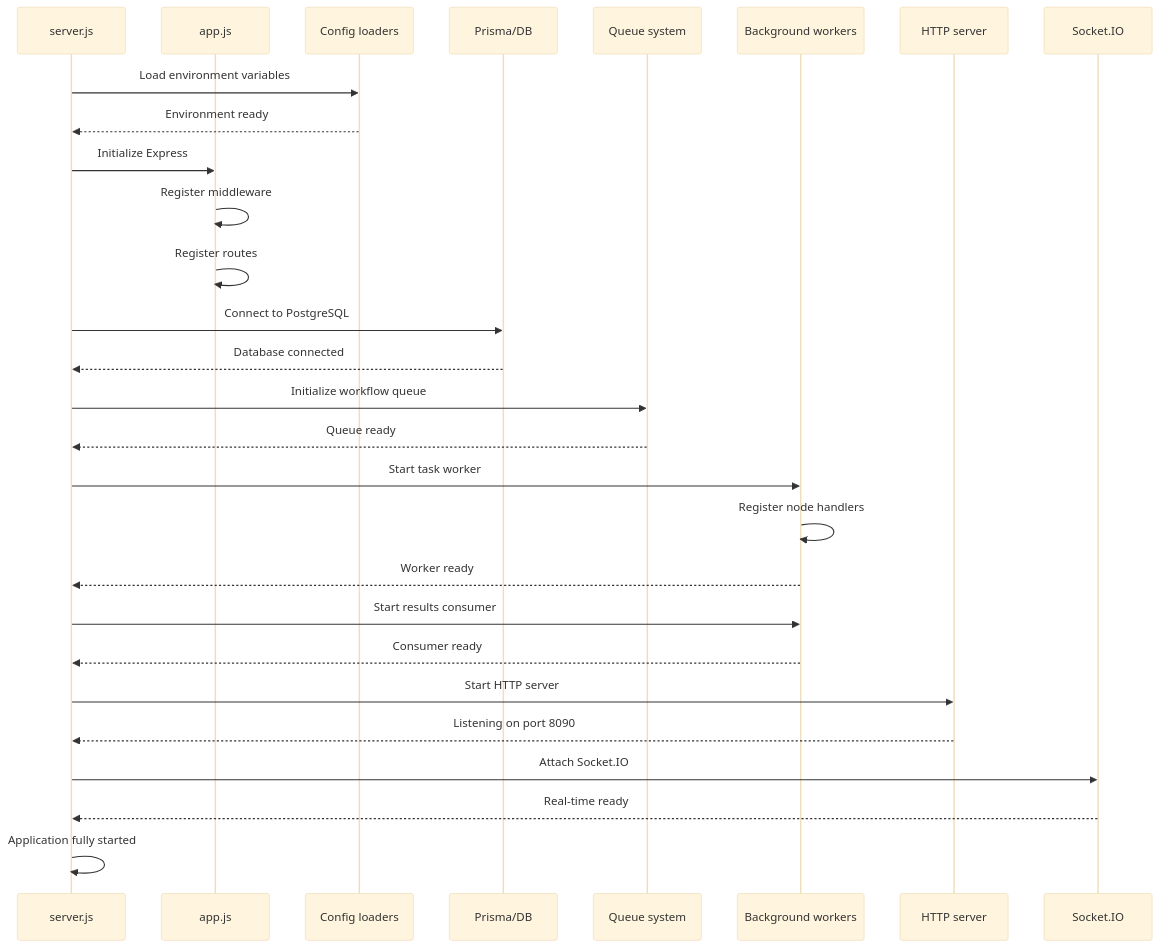
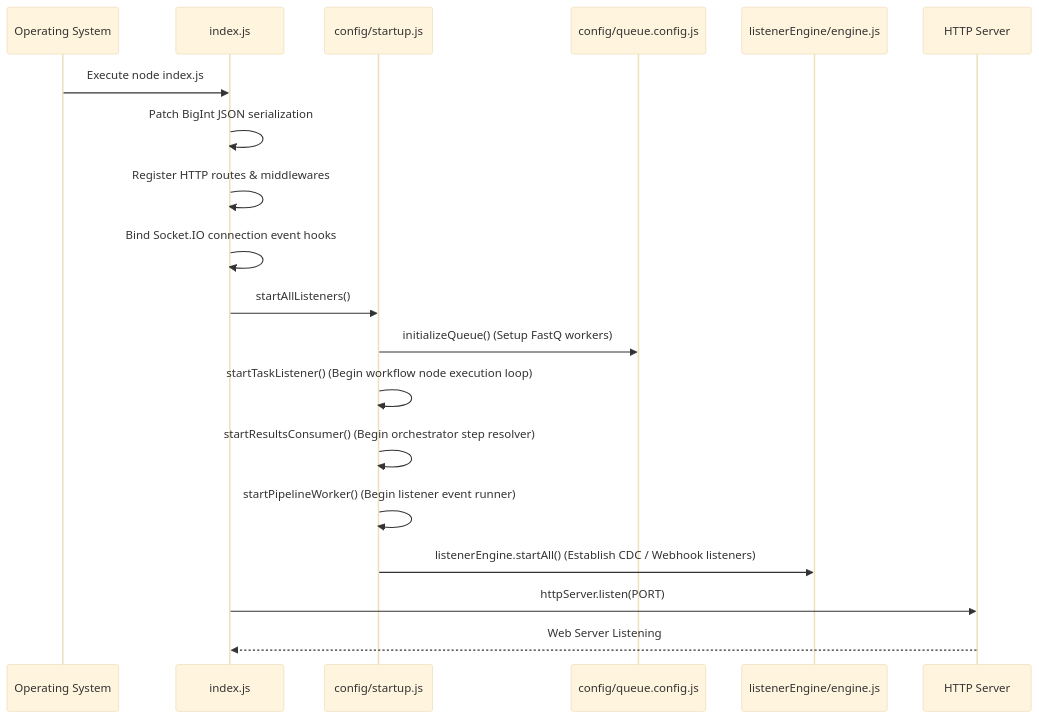
The first of 2 diagrams in docs/docs/architecture/backend-architecture.md (Jet-labs/jet-admin), drawn with Mermaid (base theme) before and after one commit. The commit also changed other lines of this file and 52 other files, not shown here.

````diff
--- a/docs/docs/architecture/backend-architecture.md
+++ b/docs/docs/architecture/backend-architecture.md
@@ -154,39 +90,24 @@
 ```mermaid
 sequenceDiagram
-    participant Entry as server.js
-    participant App as app.js
-    participant Config as Config loaders
-    participant DB as Prisma/DB
-    participant Queue as Queue system
-    participant Workers as Background workers
-    participant HTTP as HTTP server
-    participant Socket as Socket.IO
+    participant OS as Operating System
+    participant Entry as index.js
+    participant Startup as config/startup.js
+    participant Queue as config/queue.config.js
+    participant Listener as listenerEngine/engine.js
+    participant HTTP as HTTP Server
 
-    Entry->>Config: Load environment variables
-    Config-->>Entry: Environment ready
-
-    Entry->>App: Initialize Express
-    App->>App: Register middleware
-    App->>App: Register routes
-
-    Entry->>DB: Connect to PostgreSQL
-    DB-->>Entry: Database connected
-
-    Entry->>Queue: Initialize workflow queue
-    Queue-->>Entry: Queue ready
-
-    Entry->>Workers: Start task worker
-    Workers->>Workers: Register node handlers
-    Workers-->>Entry: Worker ready
-
-    Entry->>Workers: Start results consumer
-    Workers-->>Entry: Consumer ready
-
-    Entry->>HTTP: Start HTTP server
-    HTTP-->>Entry: Listening on port 8090
-
-    Entry->>Socket: Attach Socket.IO
-    Socket-->>Entry: Real-time ready
-
-    Entry->>Entry: Application fully started
+    OS->>Entry: Execute node index.js
+    Entry->>Entry: Patch BigInt JSON serialization
+    Entry->>Entry: Register HTTP routes & middlewares
+    Entry->>Entry: Bind Socket.IO connection event hooks
+    Entry->>Startup: startAllListeners()
+    
+    Startup->>Queue: initializeQueue() (Setup FastQ workers)
+    Startup->>Startup: startTaskListener() (Begin workflow node execution loop)
+    Startup->>Startup: startResultsConsumer() (Begin orchestrator step resolver)
+    Startup->>Startup: startPipelineWorker() (Begin listener event runner)
+    Startup->>Listener: listenerEngine.startAll() (Establish CDC / Webhook listeners)
+    
+    Entry->>HTTP: httpServer.listen(PORT)
+    HTTP-->>Entry: Web Server Listening
 ```
````
